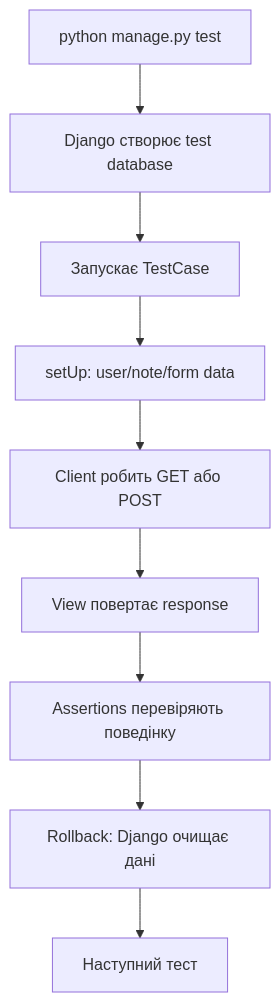
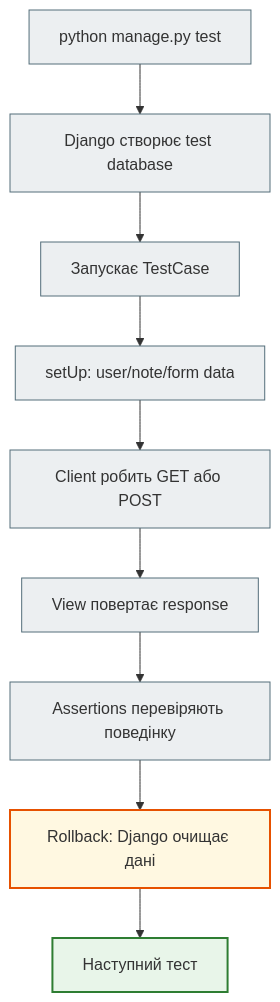
One commit to NikoriakViktot/notes_chat_app changed the eighth of 8 diagrams in docs/08_testing_and_quality/django_testing_full.md. Above: the diagram before and after it, drawn with Mermaid. The commit also changed other lines of this file and 441 other files, not shown here.

First line of the commit message:
Add English version of the book, Mermaid standard, docs fixes

````diff
--- a/docs/08_testing_and_quality/django_testing_full.md
+++ b/docs/08_testing_and_quality/django_testing_full.md
@@ -1069,11 +1098,18 @@
 ```mermaid
 flowchart TD
     A["python manage.py test"] --> B["Django створює test database"]
     B --> C["Запускає TestCase"]
     C --> D["setUp: user/note/form data"]
     D --> E["Client робить GET або POST"]
     E --> F["View повертає response"]
     F --> G["Assertions перевіряють поведінку"]
     G --> H["Rollback: Django очищає дані"]
     H --> I["Наступний тест"]
+
+    classDef step     fill:#eceff1,stroke:#546e7a,stroke-width:1px;
+    classDef success  fill:#e8f5e9,stroke:#2e7d32,stroke-width:2px;
+    classDef warning  fill:#fff8e1,stroke:#e65100,stroke-width:2px;
+    class A,B,C,D,E,F,G step;
+    class H warning;
+    class I success;
 ```
````
